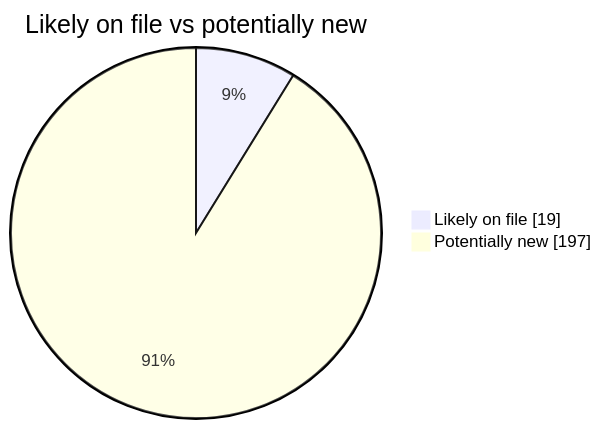
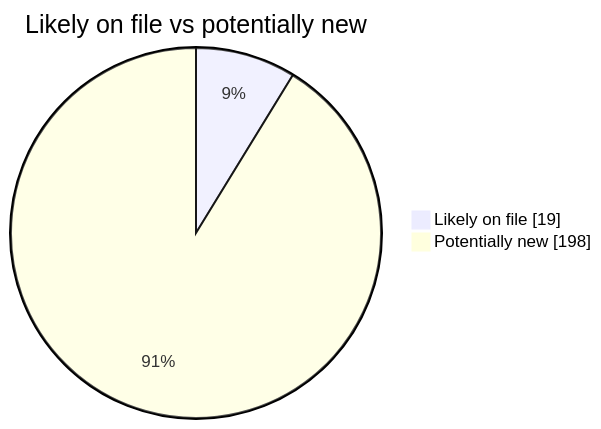
One commit to martinbalfanz/social-scanner-reports changed the second of 4 diagrams in README.md. Above: the diagram before and after it, drawn with Mermaid. The commit also changed other lines of this file and 2 other files, not shown here.

````diff
--- a/README.md
+++ b/README.md
@@ -40,5 +40,5 @@
 ```mermaid
 pie showData title Likely on file vs potentially new
     "Likely on file" : 19
-    "Potentially new" : 197
+    "Potentially new" : 198
 ```
````
